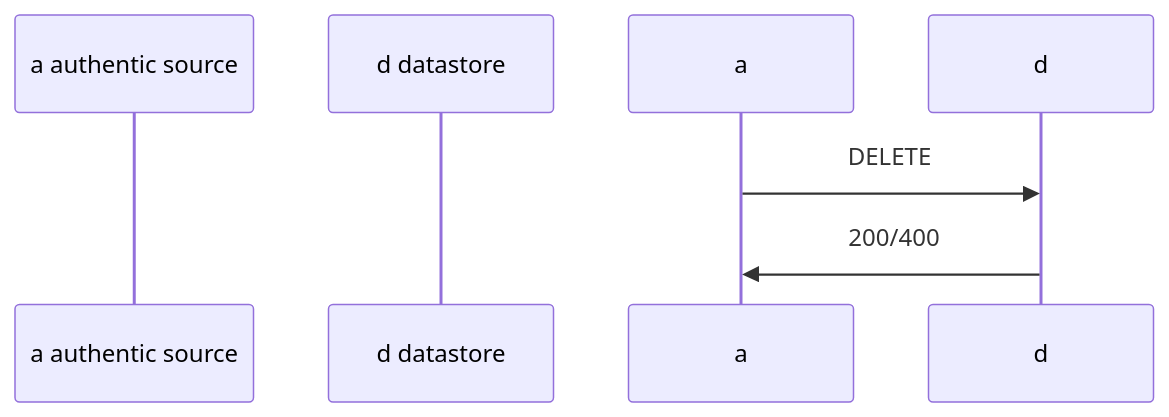
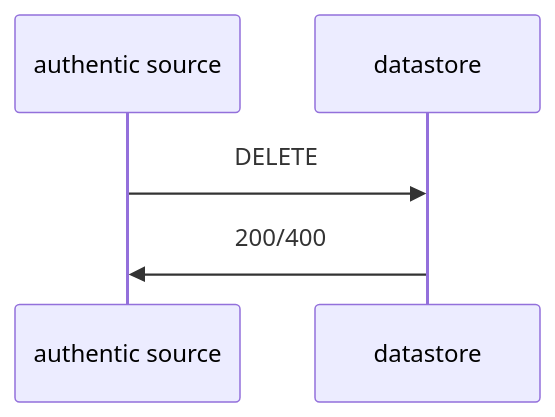
One commit to dc4eu/vc changed the third of 8 diagrams in standards/apiv21.md. Above: the diagram before and after it, drawn with Mermaid. The commit also changed other lines of this file, not shown here.

````diff
--- a/standards/apiv21.md
+++ b/standards/apiv21.md
@@ -152,7 +150,5 @@
 ```mermaid
 sequenceDiagram;
-    participant a authentic source;
-    participant d datastore;
-    a->>d: DELETE;
-    d->>a: 200/400;
+    authentic source->>datastore: DELETE;
+    datastore->>authentic source: 200/400;
 ```
````
